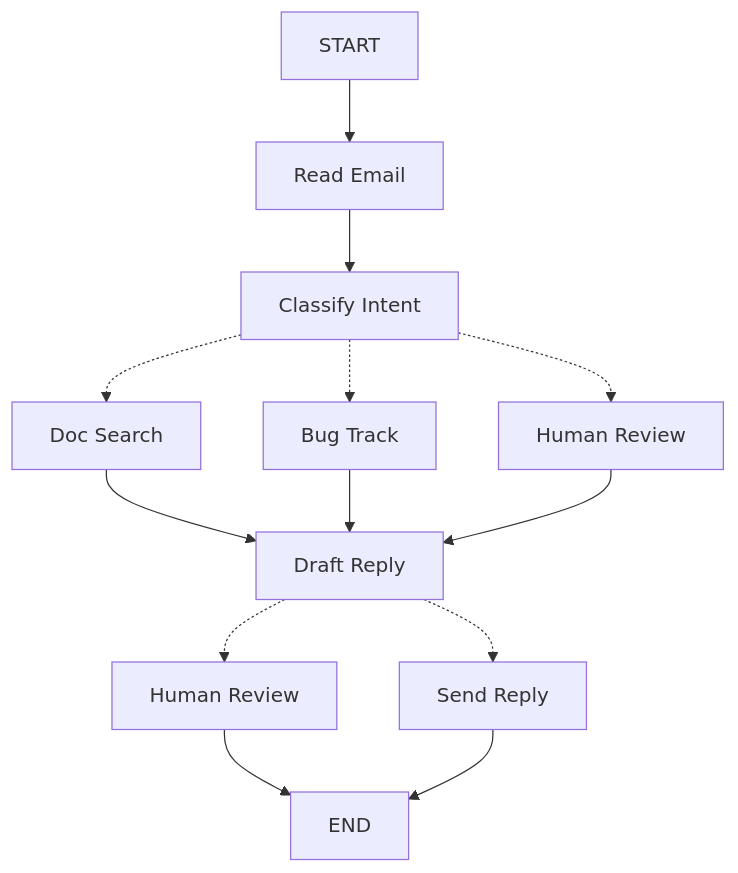
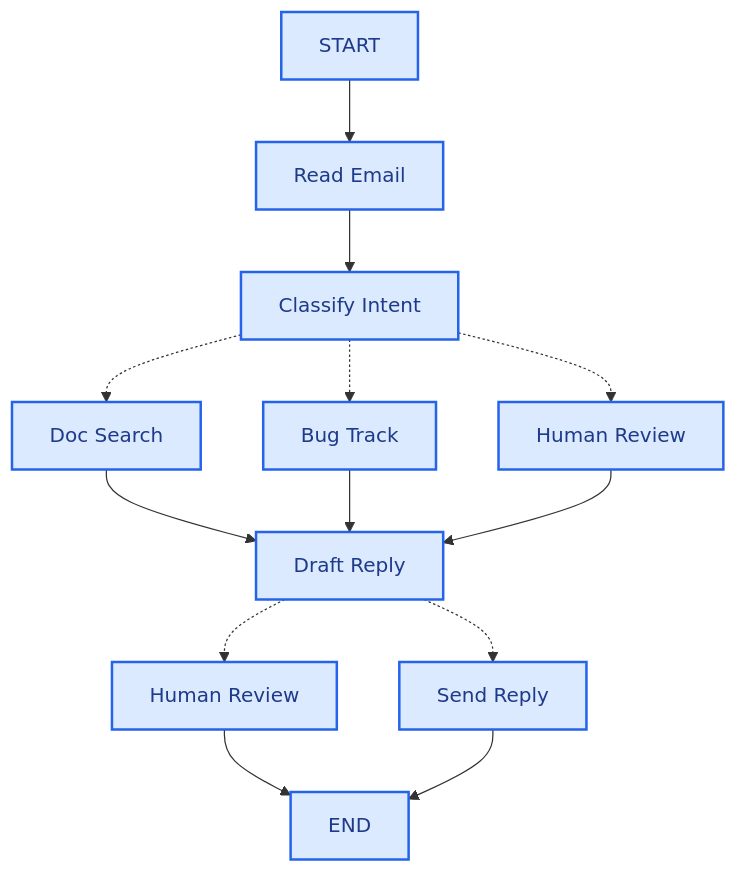
One commit to kunfan96/cndocs-langchain changed the diagram in oss/javascript/langgraph/thinking-in-langgraph.mdx. Above: the diagram before and after it, drawn with Mermaid. The commit also changed other lines of this file and 2611 other files, not shown here.

````diff
--- a/oss/javascript/langgraph/thinking-in-langgraph.mdx
+++ b/oss/javascript/langgraph/thinking-in-langgraph.mdx
@@ -39,19 +39,22 @@
 ```mermaid
 flowchart TD
     A[START] --> B[Read Email]
     B --> C[Classify Intent]
 
     C -.-> D[Doc Search]
     C -.-> E[Bug Track]
     C -.-> F[Human Review]
 
     D --> G[Draft Reply]
     E --> G
     F --> G
 
     G -.-> H[Human Review]
     G -.-> I[Send Reply]
 
     H --> J[END]
     I --> J[END]
+
+    classDef process fill:#DBEAFE,stroke:#2563EB,stroke-width:2px,color:#1E3A8A
+    class A,B,C,D,E,F,G,H,I,J process
 ```
````
